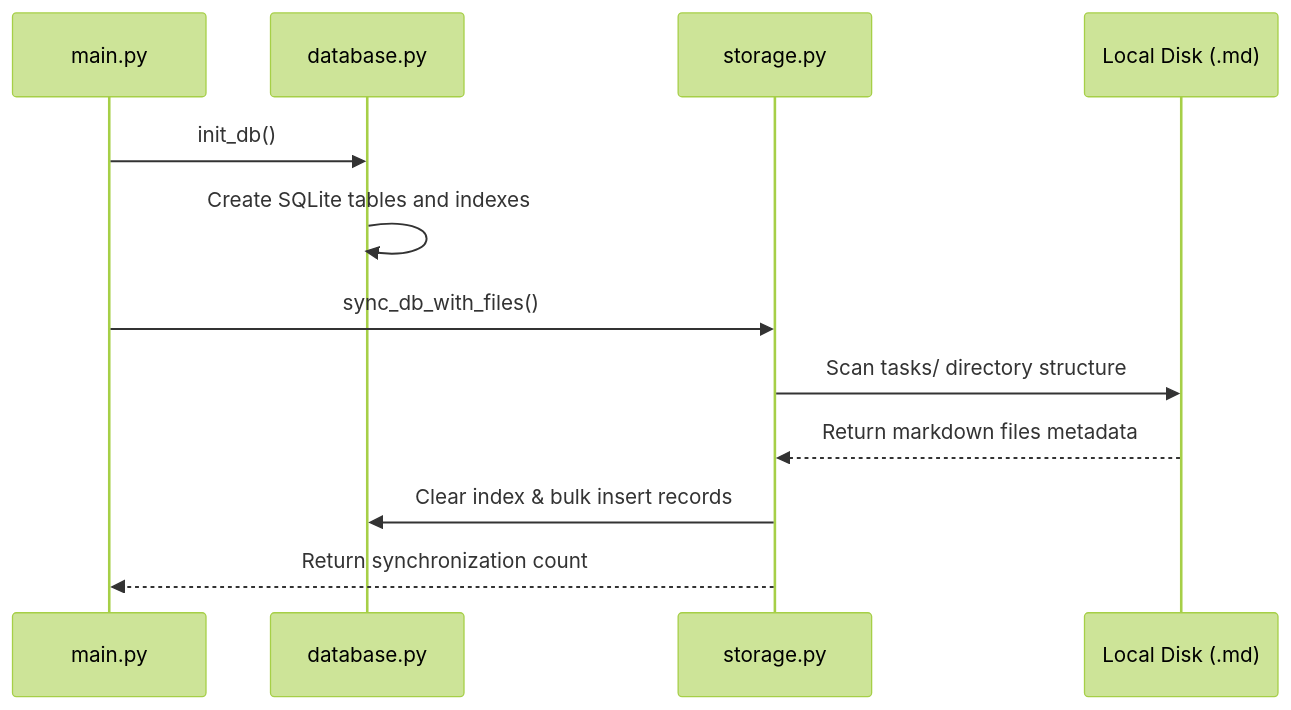
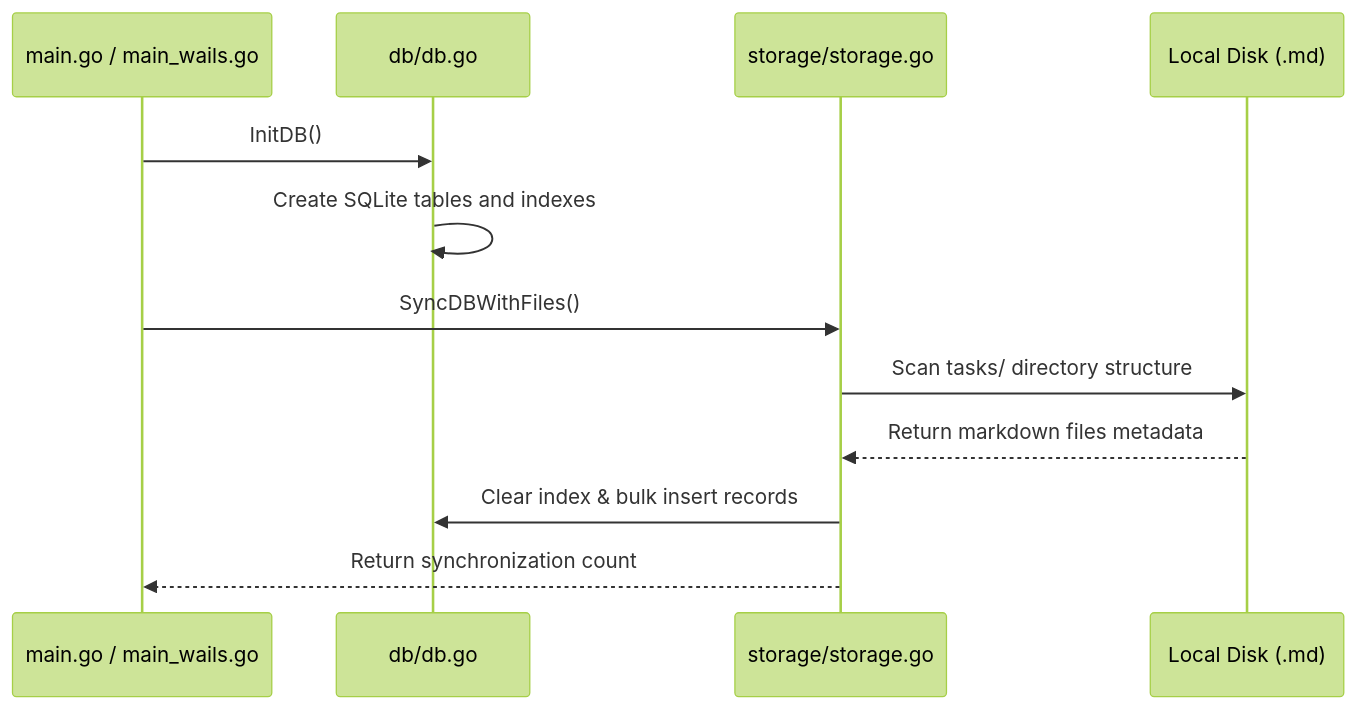
Before and after one commit to simon123h/Jotter: the fourth of 4 diagrams in docs/developer/architecture.md, drawn with Mermaid (forest theme). The commit also changed other lines of this file and 24 other files, not shown here.

````diff
--- a/docs/developer/architecture.md
+++ b/docs/developer/architecture.md
@@ -102,15 +102,15 @@
 ```mermaid
 sequenceDiagram
-    participant Main as main.py
-    participant DB as database.py
-    participant Storage as storage.py
+    participant Main as main.go / main_wails.go
+    participant DB as db/db.go
+    participant Storage as storage/storage.go
     participant Disk as Local Disk (.md)
 
-    Main->>DB: init_db()
+    Main->>DB: InitDB()
     DB->>DB: Create SQLite tables and indexes
-    Main->>Storage: sync_db_with_files()
+    Main->>Storage: SyncDBWithFiles()
     Storage->>Disk: Scan tasks/ directory structure
     Disk-->>Storage: Return markdown files metadata
     Storage->>DB: Clear index & bulk insert records
     Storage-->>Main: Return synchronization count
 ```
````
